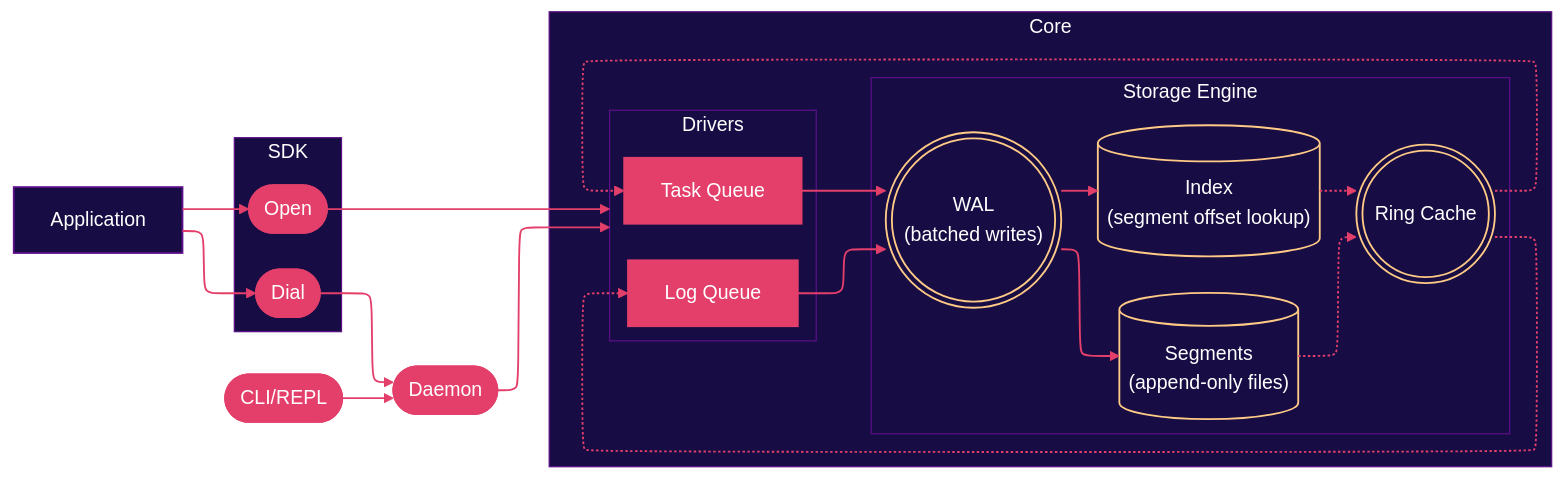
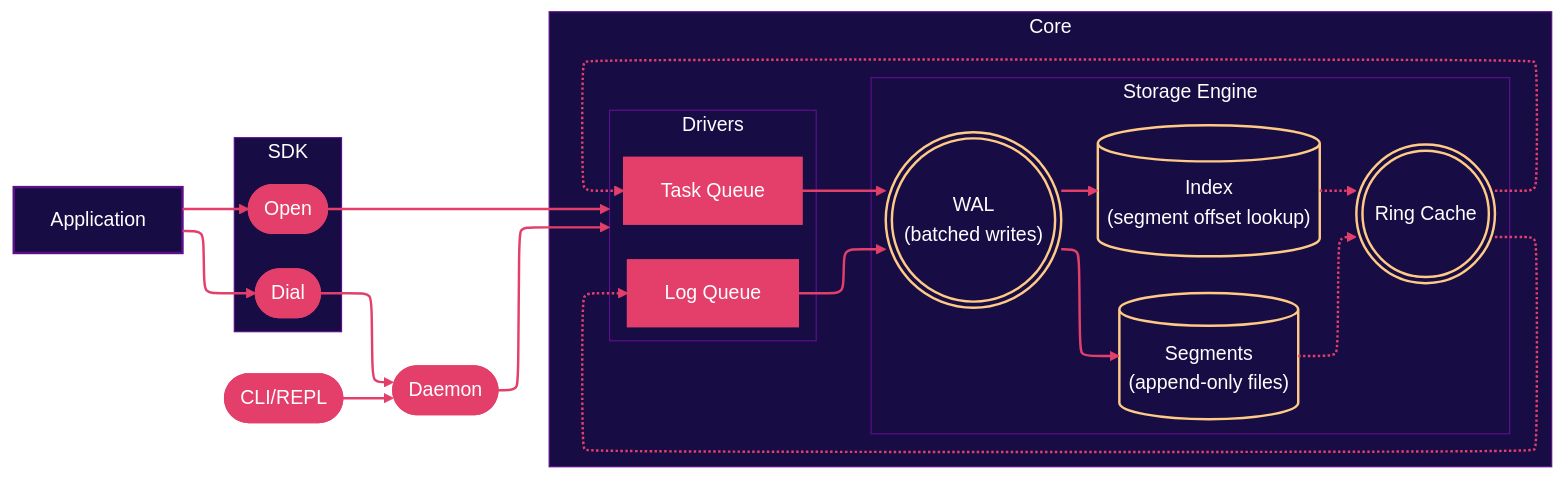
One commit to dmunish/mikyu changed the diagram in README.md. Above: the diagram before and after it, drawn with Mermaid.

Commit message:
[docs] README: increase stroke width in architecture diagram

````diff
--- a/README.md
+++ b/README.md
@@ -25,79 +25,79 @@
 ```mermaid
 ---
 config:
   layout: elk
   theme: base
   themeVariables:
     background: "#170d44"
     primaryTextColor: "#ffffff"
     lineColor: "#e33f6a"
     clusterBkg: "#170d44"
     clusterBorder: "#5b0f89"
     edgeLabelBackground: "#170d44"
     fontFamily: "IBM Plex Mono, monospace"
 ---
 flowchart LR
     APP["Application"]
 
     subgraph SDK["SDK"]
         direction TB
         OPEN(["Open"])
         DIAL(["Dial"])
     end
 
     CLI(["CLI/REPL"])
 
     DMN(["Daemon"])
 
     subgraph CORE["Core"]
         direction TB
 
         subgraph DRV["Drivers"]
             direction LR
             LOG["Log Queue"]
             TASK["Task Queue"]
         end
 
         subgraph ENG["Storage Engine"]
             direction LR
             WAL((("WAL
             (batched writes)")))
             SEG[("Segments
             (append-only files)")]
             IDX[("Index
             (segment offset lookup)")]
             CACHE((("Ring Cache")))
 
             WAL ==> SEG
             WAL ==> IDX
             SEG -.-> CACHE
             IDX -.-> CACHE
         end
     end
 
     APP --> OPEN
     APP --> DIAL
     OPEN --> DRV
     DIAL --> DMN
     CLI --> DMN
     DMN --> DRV
     LOG --> WAL
     TASK --> WAL
     CACHE -.-> LOG
     CACHE -.-> TASK
 
-    classDef interface fill:#170d44,stroke:#5b0f89,color:#ffffff,stroke-width:1.5px
-    classDef runtime fill:#e33f6a,stroke:#e33f6a,color:#ffffff,stroke-width:1.5px
-    classDef storage fill:transparent,stroke:#ffca86,color:#ffffff,stroke-width:1.5px
+    classDef interface fill:#170d44,stroke:#5b0f89,color:#ffffff,stroke-width:2px
+    classDef runtime fill:#e33f6a,stroke:#e33f6a,color:#ffffff,stroke-width:2px
+    classDef storage fill:transparent,stroke:#ffca86,color:#ffffff,stroke-width:2px
 
     class APP interface
     class OPEN,DIAL,CLI,DMN,LOG,TASK runtime
     class WAL,SEG,IDX,CACHE storage
 
     style SDK fill:#170d44,stroke:#5b0f89,color:#ffffff
     style CORE fill:#170d44,stroke:#5b0f89,color:#ffffff
     style DRV fill:#170d44,stroke:#5b0f89,color:#ffffff
     style ENG fill:#170d44,stroke:#5b0f89,color:#ffffff
 
-    linkStyle default stroke:#e33f6a,stroke-width:1.5px
+    linkStyle default stroke:#e33f6a,stroke-width:2px
 ```
````
